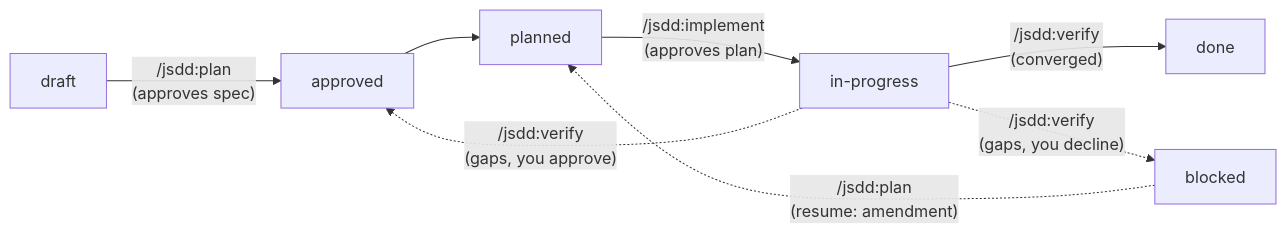
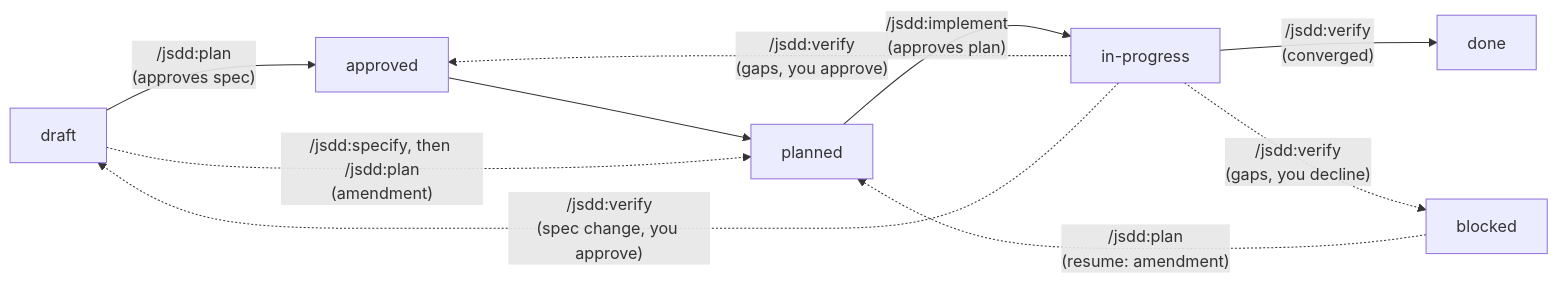
Before and after one commit to JoDi-27/JoDi-SDD: the second of 4 diagrams in starters/specs/README.md, drawn with Mermaid. The commit also changed other lines of this file and 10 other files, not shown here.

First line of the commit message:
[meta] Route verify spec changes through specify; stop the fix loop after two rounds

````diff
--- a/starters/specs/README.md
+++ b/starters/specs/README.md
@@ -43,9 +43,11 @@
 ```mermaid
 flowchart LR
   draft -->|"/jsdd:plan<br/>(approves spec)"| approved --> planned
   planned -->|"/jsdd:implement<br/>(approves plan)"| inprogress[in-progress]
   inprogress -->|"/jsdd:verify<br/>(converged)"| done
   inprogress -.->|"/jsdd:verify<br/>(gaps, you approve)"| approved
   inprogress -.->|"/jsdd:verify<br/>(gaps, you decline)"| blocked
+  inprogress -.->|"/jsdd:verify<br/>(spec change, you approve)"| draft
+  draft -.->|"/jsdd:specify, then /jsdd:plan<br/>(amendment)"| planned
   blocked -.->|"/jsdd:plan<br/>(resume: amendment)"| planned
 ```
````
